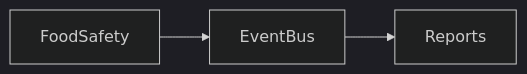
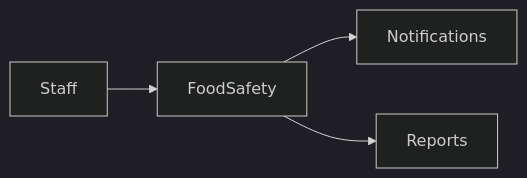
Before and after one commit to sameheg/cafeos: the diagram in ModulesDoc/FOODSAFETY.md, drawn with Mermaid (dark theme). The commit also changed other lines of this file and 21 other files, not shown here.

````diff
--- a/ModulesDoc/FOODSAFETY.md
+++ b/ModulesDoc/FOODSAFETY.md
@@ -16,5 +16,6 @@
 ```mermaid
 flowchart LR
-  A[FoodSafety] --> B[EventBus]
-  B --> C[Reports]
+  Staff --> FoodSafety
+  FoodSafety --> Notifications
+  FoodSafety --> Reports
 ```
````
